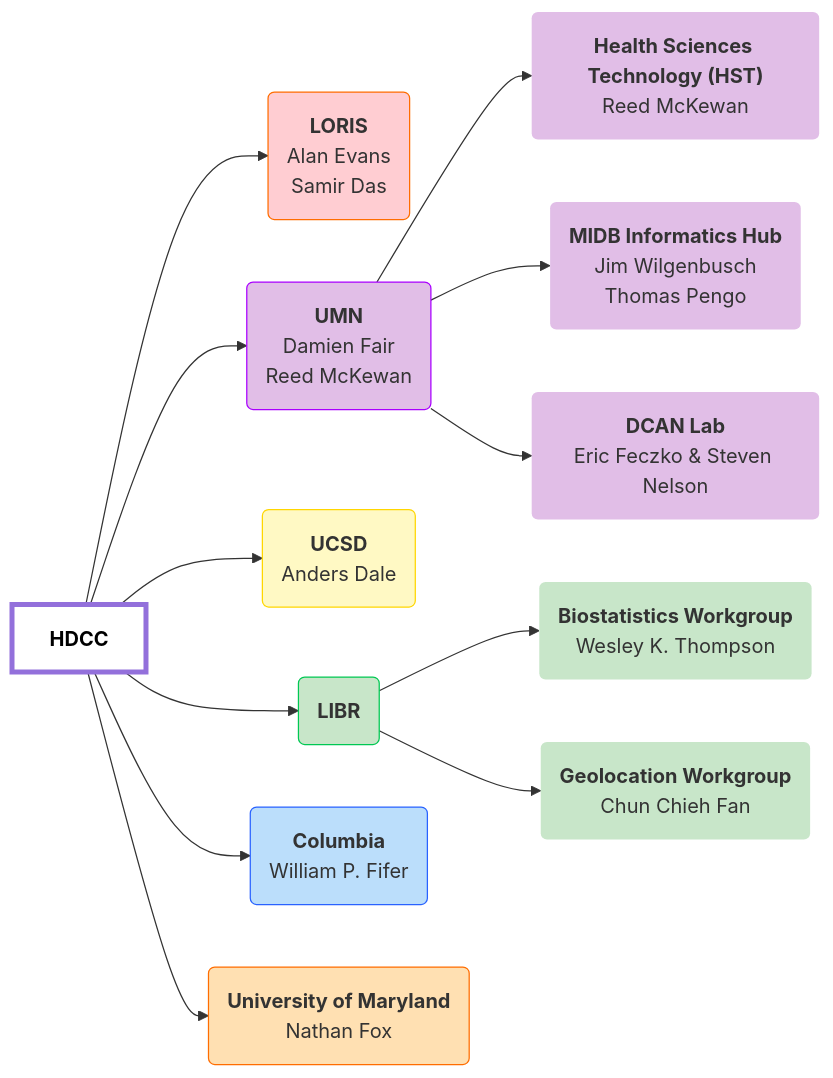
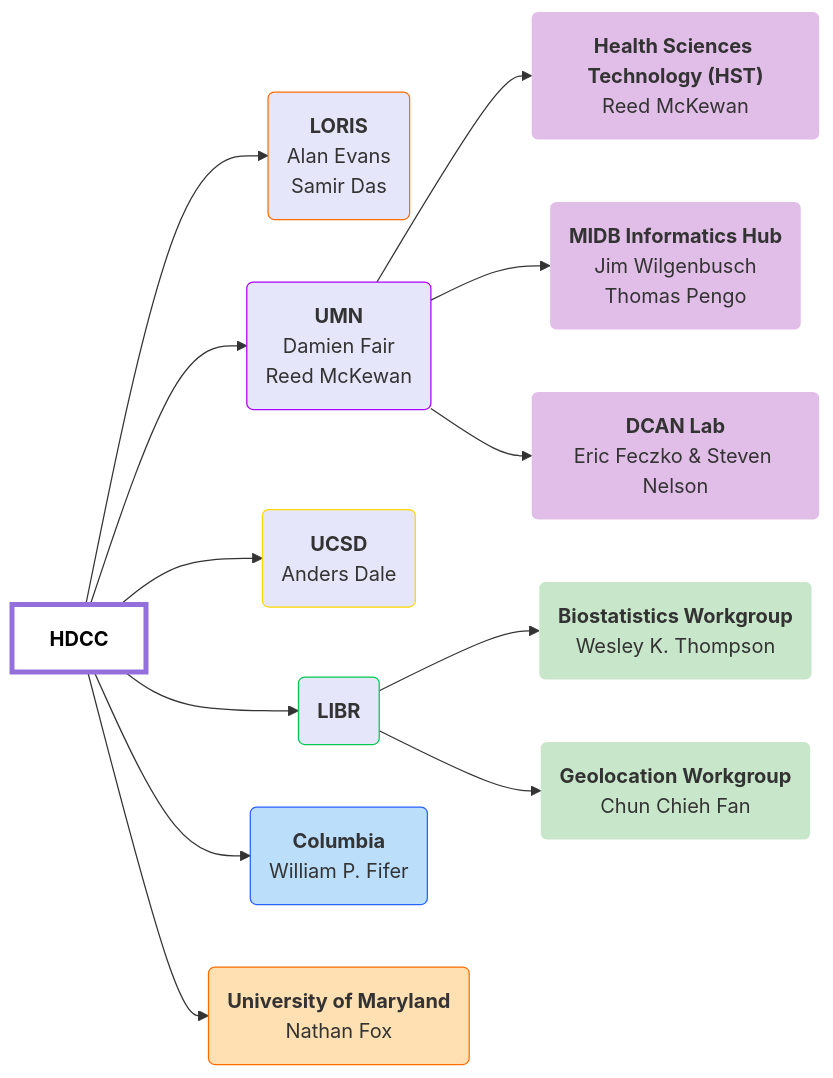
Before and after one commit to DCAN-Labs/hbcd-docs-internal: the first of 2 diagrams in docs/orgcharts.md, drawn with Mermaid.

Commit message:
now working, try changing colors

````diff
--- a/docs/orgcharts.md
+++ b/docs/orgcharts.md
@@ -8,40 +8,40 @@
 ```mermaid
 ---
 config:
   layout: dagre
 ---
 flowchart LR
     A["<strong>HDCC</strong>"] --> E["<b>LORIS</b><br>Alan Evans<br>Samir Das"] & F["<b>UMN</b><br>Damien Fair<br>Reed McKewan"] & G["<b>UCSD</b><br>Anders Dale"] & H["<b>LIBR</b><br>"] & n1["<b>Columbia</b><br>William P. Fifer"] & n16["<b>University of Maryland</b><br>Nathan Fox"]
     F --> n6["<b>Health Sciences Technology (HST)</b><br>Reed McKewan"] & n7["<b>MIDB Informatics Hub</b><br>Jim Wilgenbusch<br>Thomas Pengo"] & n8["<b>DCAN Lab</b><br>Eric Feczko &amp; Steven Nelson"]
     H --> n14["<b>Biostatistics Workgroup</b><br>Wesley K. Thompson"] & n15["<b>Geolocation Workgroup</b><br>Chun Chieh Fan"]
     A@{ shape: rect}
     E@{ shape: rounded}
     F@{ shape: rounded}
     G@{ shape: rounded}
     H@{ shape: rounded}
     n1@{ shape: rounded}
     n16@{ shape: rounded}
     n6@{ shape: rounded}
     n7@{ shape: rounded}
     n8@{ shape: rounded}
     n14@{ shape: rounded}
     n15@{ shape: rounded}
     style A fill:transparent,color:#000000,stroke-width:4px,stroke-dasharray: 0
-    style E fill:#FFCDD2,stroke:#FF6D00
-    style F fill:#E1BEE7,stroke:#AA00FF
-    style G fill:#FFF9C4,stroke:#FFD600
-    style H fill:#C8E6C9,stroke:#00C853
+    style E fill:#e6e6fa,stroke:#FF6D00
+    style F fill:#e6e6fa,stroke:#AA00FF
+    style G fill:#e6e6fa,stroke:#FFD600
+    style H fill:#e6e6fa,stroke:#00C853
     style n1 fill:#BBDEFB,stroke:#2962FF
     style n16 fill:#FFE0B2,stroke:#FF6D00
     style n6 fill:#E1BEE7,stroke:none
     style n7 fill:#E1BEE7,stroke:none
     style n8 fill:#E1BEE7,stroke:none
     style n14 fill:#C8E6C9,stroke:none
     style n15 fill:#C8E6C9,stroke:none
     click E "#loris"
     click F "#university-of-minnesota-umn"
     click G "#ucsd"
     click H "#libr"
     click n1 "#columbia"
     click n16 "#university-of-maryland"
 ```
````
